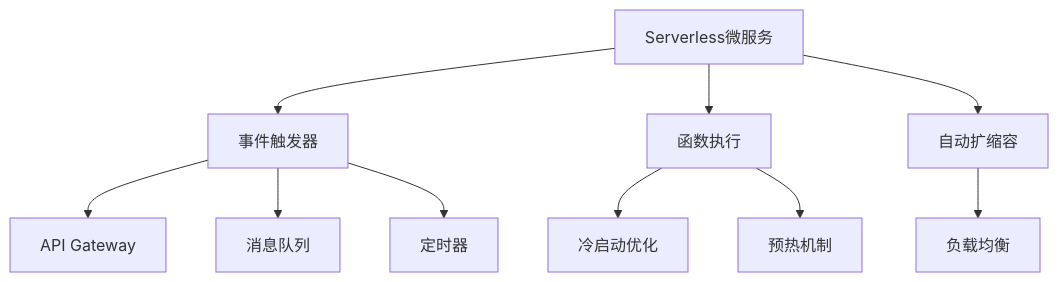
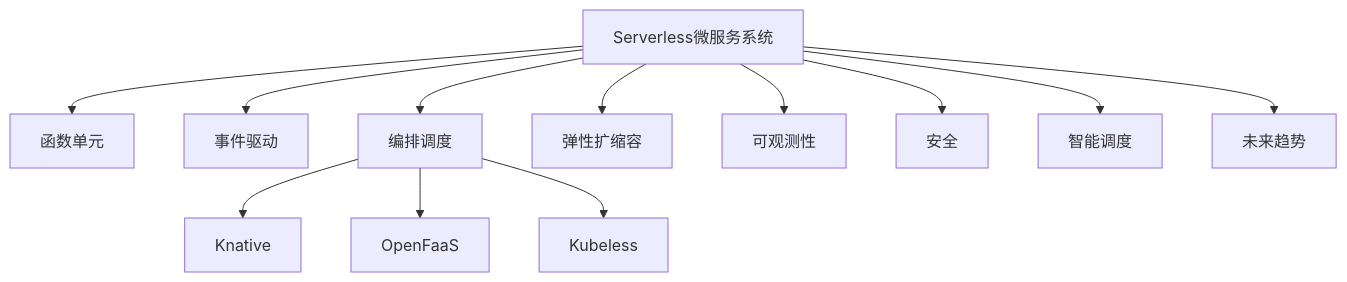
One commit to AdaMartin18010/SystemOSIOT changed the diagram in 7.容器与微服务/7.1 知识梳理/7.1.6.2.1.3 Serverless微服务架构.md. Above: the diagram before and after it, drawn with Mermaid. The commit also changed other lines of this file and 19 other files, not shown here.

````diff
--- a/7.容器与微服务/7.1 知识梳理/7.1.6.2.1.3 Serverless微服务架构.md
+++ b/7.容器与微服务/7.1 知识梳理/7.1.6.2.1.3 Serverless微服务架构.md
@@ -42,12 +45,14 @@
 ```mermaid
-graph TD
-    A[Serverless微服务] --> B[事件触发器]
-    A --> C[函数执行]
-    A --> D[自动扩缩容]
-    B --> E[API Gateway]
-    B --> F[消息队列]
-    B --> G[定时器]
-    C --> H[冷启动优化]
-    C --> I[预热机制]
-    D --> J[负载均衡]
+graph TD;
+  ServerlessMS[Serverless微服务系统] --> Function[函数单元];
+  ServerlessMS --> Event[事件驱动];
+  ServerlessMS --> Orchestration[编排调度];
+  ServerlessMS --> Elasticity[弹性扩缩容];
+  ServerlessMS --> Observability[可观测性];
+  ServerlessMS --> Security[安全];
+  ServerlessMS --> AI[智能调度];
+  ServerlessMS --> Trend[未来趋势];
+  Orchestration --> Knative[Knative];
+  Orchestration --> OpenFaaS[OpenFaaS];
+  Orchestration --> Kubeless[Kubeless];
 ```
````
